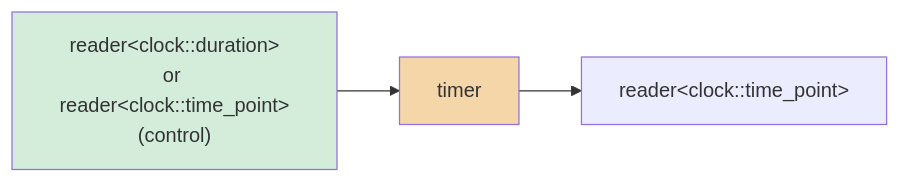
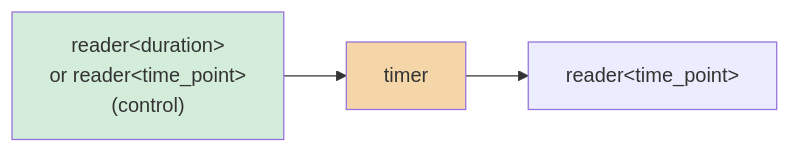
The diagram in docs/reference/parts/timer.md (marcelocantos/csp), drawn with Mermaid before and after one commit. The commit also changed other lines of this file and 41 other files, not shown here.

````diff
--- a/docs/reference/parts/timer.md
+++ b/docs/reference/parts/timer.md
@@ -35,7 +35,7 @@
 ```mermaid
 graph LR
-    ctrl["reader&lt;clock::duration&gt;<br/>or reader&lt;clock::time_point&gt;<br/>(control)"] --> T["timer"]
-    T --> out["reader&lt;clock::time_point&gt;"]
+    ctrl["reader&lt;duration&gt;<br/>or reader&lt;time_point&gt;<br/>(control)"] --> T["timer"]
+    T --> out["reader&lt;time_point&gt;"]
     style T fill:#f5d6a8
     style ctrl fill:#d4edda
 ```
````
